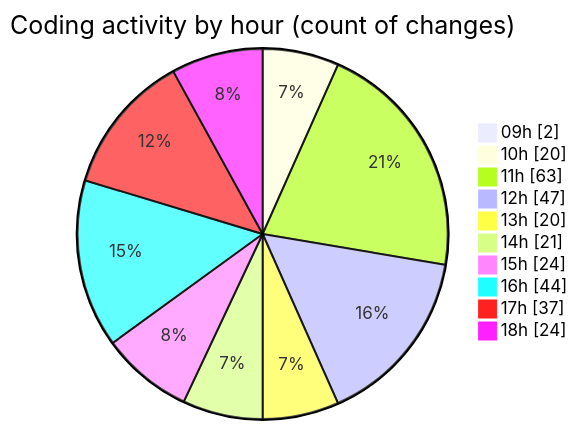
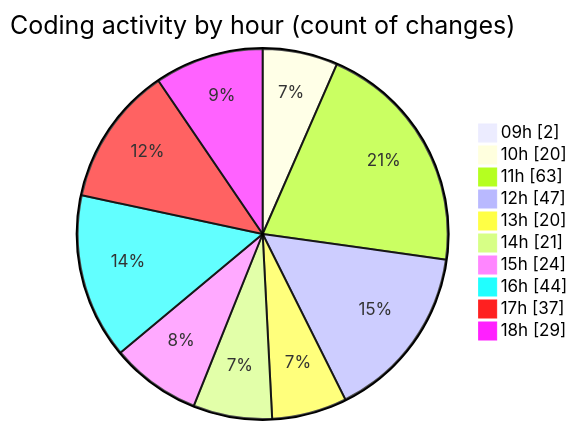
Before and after one commit to momahboobian/code-tracking: the second of 2 diagrams in 2025-04-08/cda/README.md, drawn with Mermaid. The commit also changed other lines of this file and 1 other file, not shown here.

````diff
--- a/2025-04-08/cda/README.md
+++ b/2025-04-08/cda/README.md
@@ -46,14 +46,14 @@
 ```mermaid
 pie showData
 title Coding activity by hour (count of changes)
 "09h" : 2
 "10h" : 20
 "11h" : 63
 "12h" : 47
 "13h" : 20
 "14h" : 21
 "15h" : 24
 "16h" : 44
 "17h" : 37
-"18h" : 24
+"18h" : 29
 ```
````
